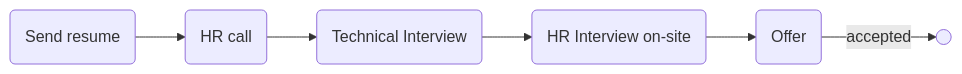
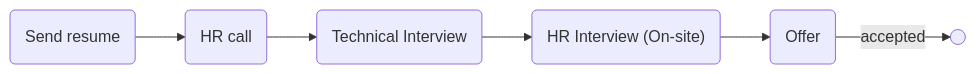
Before and after one commit to mo1ein/jobname: the diagram in src/narvan.md, drawn with Mermaid. The commit also changed other lines of this file and 34 other files, not shown here.

````diff
--- a/src/narvan.md
+++ b/src/narvan.md
@@ -8,4 +9,4 @@
 ```mermaid
 flowchart LR
-    sr(Send resume) --> hr(HR call) --> ti1(Technical Interview) --> hri(HR Interview on-site) --> o(Offer) --accepted--> r((" "))
+    sr(Send resume) --> hr(HR call) --> ti1(Technical Interview) --> hri("HR Interview (On-site)") --> o(Offer) --accepted--> r((" "))
 ```
````
